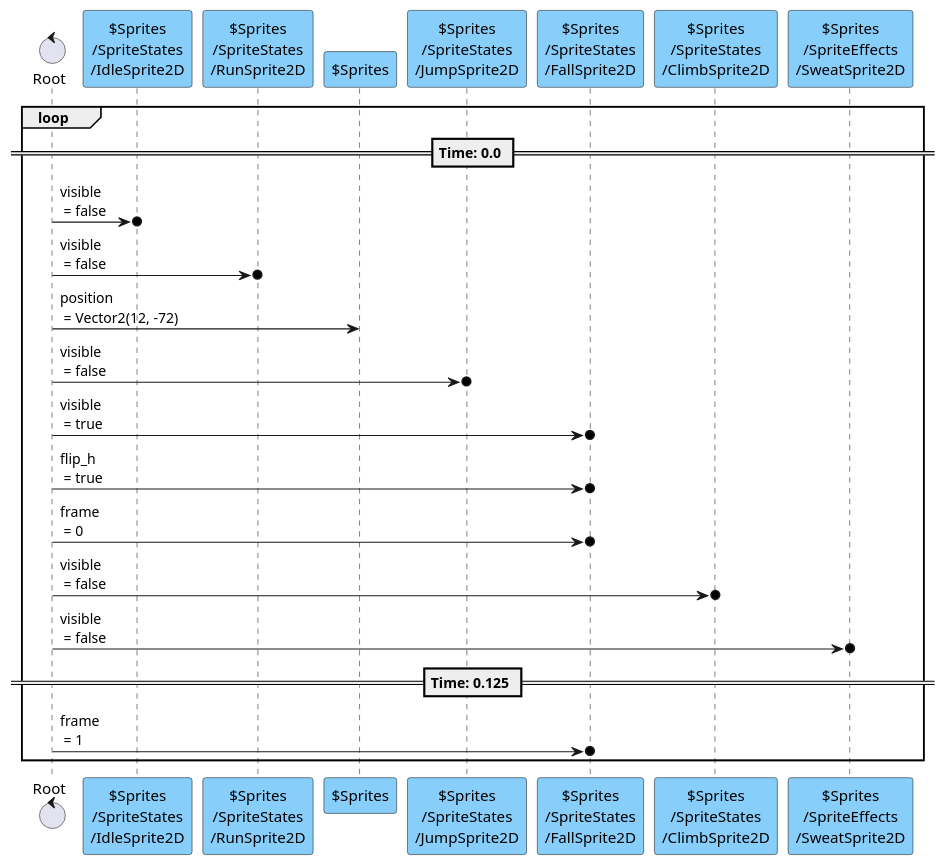
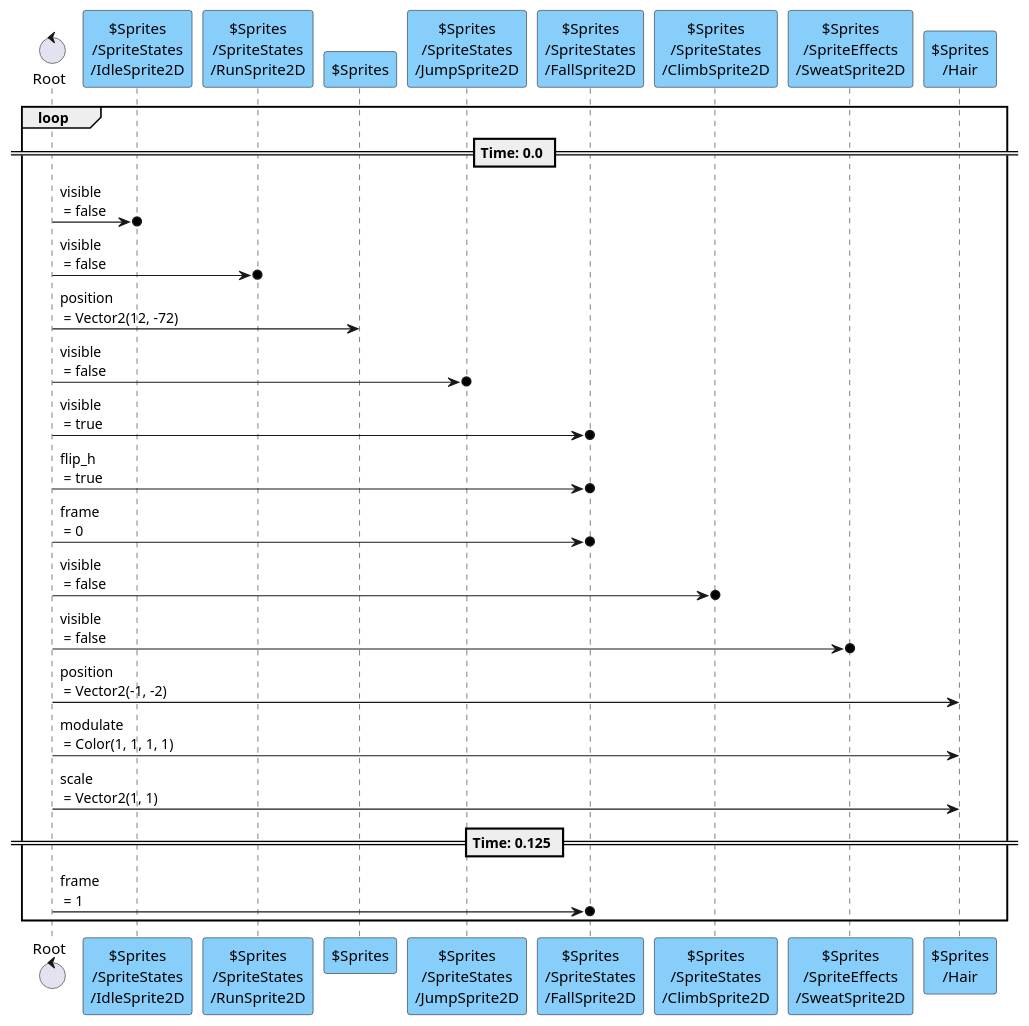
Before and after one commit to tkmfujise/Platformer-Game-Learning: the seventh of 13 diagrams in content/scenes/src/player/player.tscn.adoc, drawn with PlantUML. The commit also changed other lines of this file and 317 other files, not shown here.

```diff
--- a/content/scenes/src/player/player.tscn.adoc
+++ b/content/scenes/src/player/player.tscn.adoc
@@ -756,28 +829,32 @@
 [plantuml]
 ....
 control "Root" as R
 participant "$Sprites\n/SpriteStates\n/IdleSprite2D" as T0 #87CEFA
 participant "$Sprites\n/SpriteStates\n/RunSprite2D" as T1 #87CEFA
 participant "$Sprites" as T2 #87CEFA
 participant "$Sprites\n/SpriteStates\n/JumpSprite2D" as T3 #87CEFA
 participant "$Sprites\n/SpriteStates\n/FallSprite2D" as T4 #87CEFA
 participant "$Sprites\n/SpriteStates\n/ClimbSprite2D" as T7 #87CEFA
 participant "$Sprites\n/SpriteEffects\n/SweatSprite2D" as T8 #87CEFA
+participant "$Sprites\n/Hair" as T9 #87CEFA
 
 
 loop
 == Time: 0.0 ==
 R  ->o  T0 : visible\n = false
 R  ->o  T1 : visible\n = false
 R  ->  T2 : position\n = Vector2(12, -72)
 R  ->o  T3 : visible\n = false
 R  ->o  T4 : visible\n = true
 R  ->o  T4 : flip_h\n = true
 R  ->o  T4 : frame\n = 0
 R  ->o  T7 : visible\n = false
 R  ->o  T8 : visible\n = false
+R  ->  T9 : position\n = Vector2(-1, -2)
+R  ->  T9 : modulate\n = Color(1, 1, 1, 1)
+R  ->  T9 : scale\n = Vector2(1, 1)
 == Time: 0.125 ==
 R  ->o  T4 : frame\n = 1
 
 end
 ....
```
